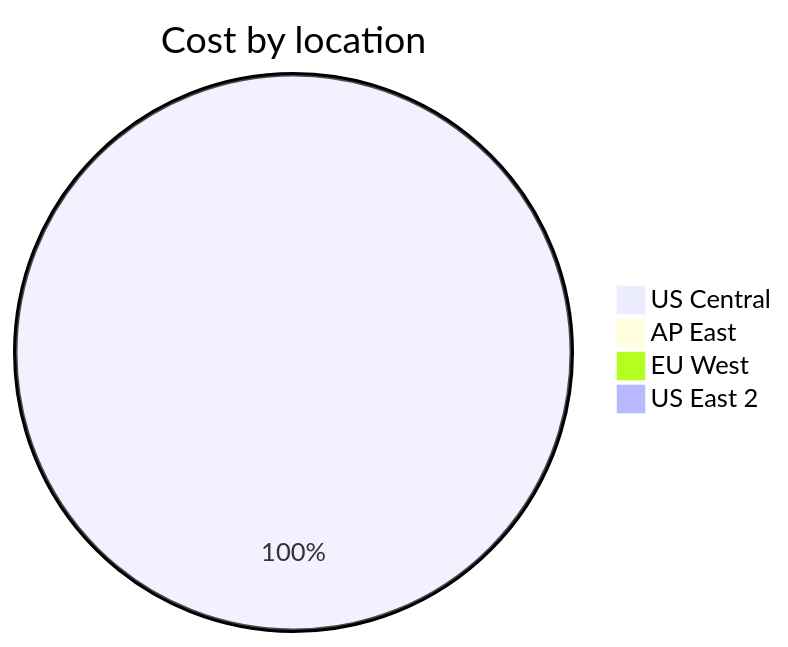
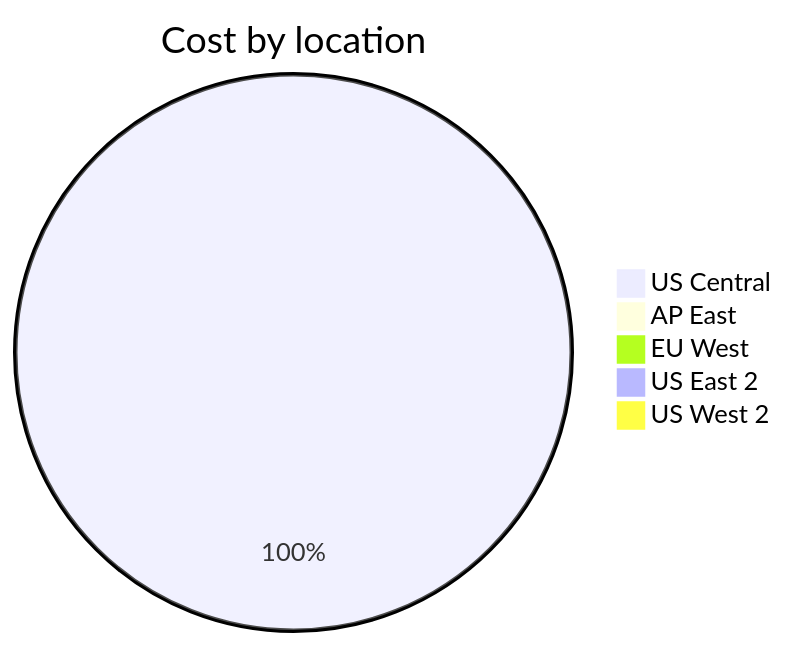
Before and after one commit to jpfulton/azure-personal-reports: the third of 4 diagrams in cost-reports/personal-site/personal-site-preview.md, drawn with Mermaid. The commit also changed other lines of this file and 6 other files, not shown here.

````diff
--- a/cost-reports/personal-site/personal-site-preview.md
+++ b/cost-reports/personal-site/personal-site-preview.md
@@ -110,8 +111,9 @@
 ```mermaid
 pie
    title Cost by location
-   "US Central" : 3.05
+   "US Central" : 3.53
    "AP East" : 0.00
    "EU West" : 0.00
    "US East 2" : 0.00
+   "US West 2" : 0.00
 ```
````
